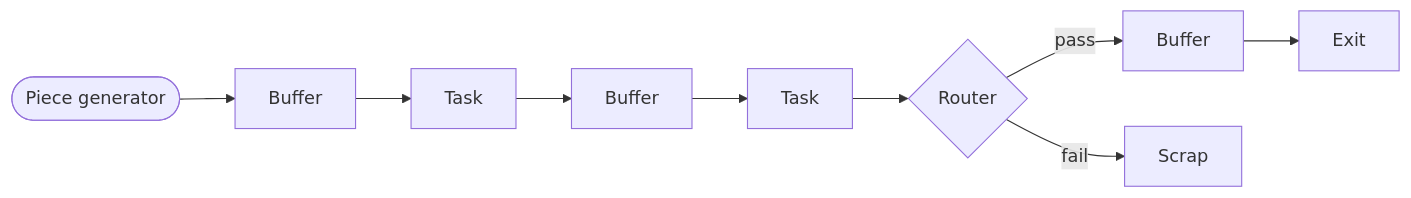
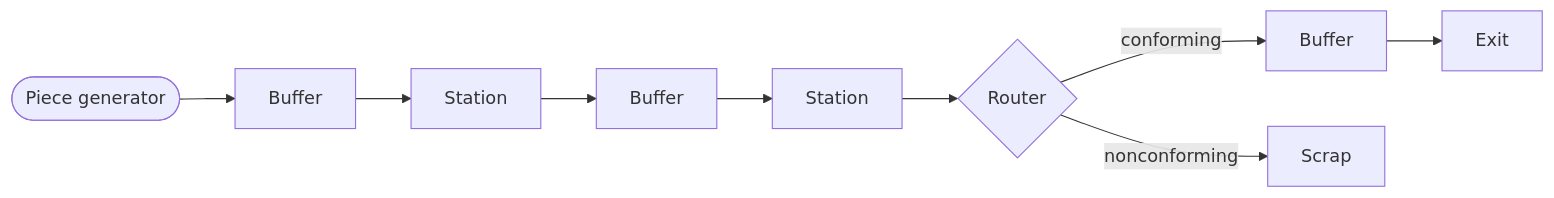
The first of 6 diagrams in documentation/simulation.en.md (anthony-tannoury/Flow-simulator), drawn with Mermaid before and after one commit. The commit also changed other lines of this file and 13 other files, not shown here.

````diff
--- a/documentation/simulation.en.md
+++ b/documentation/simulation.en.md
@@ -15,11 +15,11 @@
 ```mermaid
 flowchart LR
     G([Piece generator]) --> B1[Buffer]
-    B1 --> T1[Task]
+    B1 --> T1[Station]
     T1 --> B2[Buffer]
-    B2 --> T2[Task]
+    B2 --> T2[Station]
     T2 --> R{Router}
-    R -->|pass| B3[Buffer]
-    R -->|fail| S[Scrap]
+    R -->|conforming| B3[Buffer]
+    R -->|nonconforming| S[Scrap]
     B3 --> EX[Exit]
 ```
````
